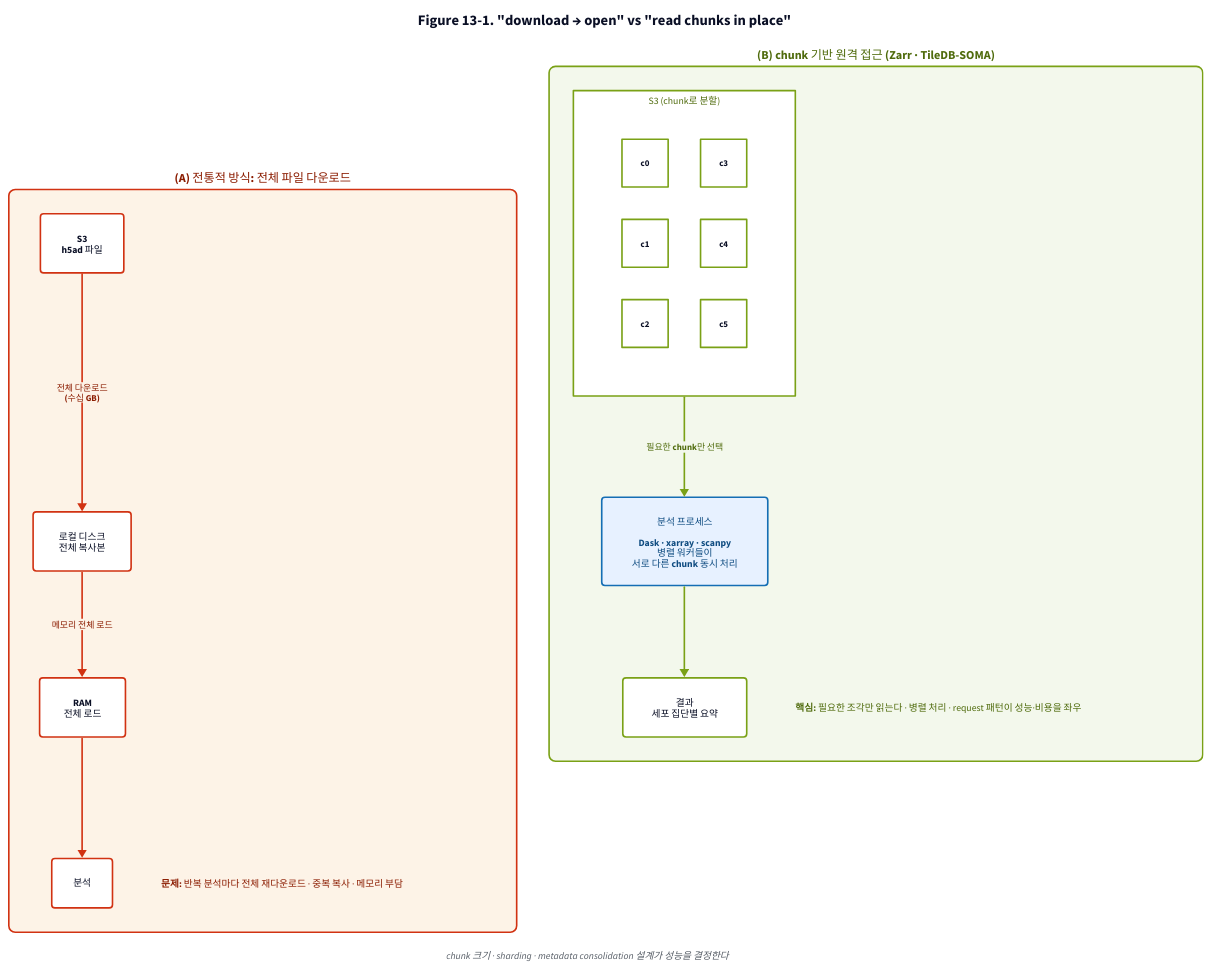
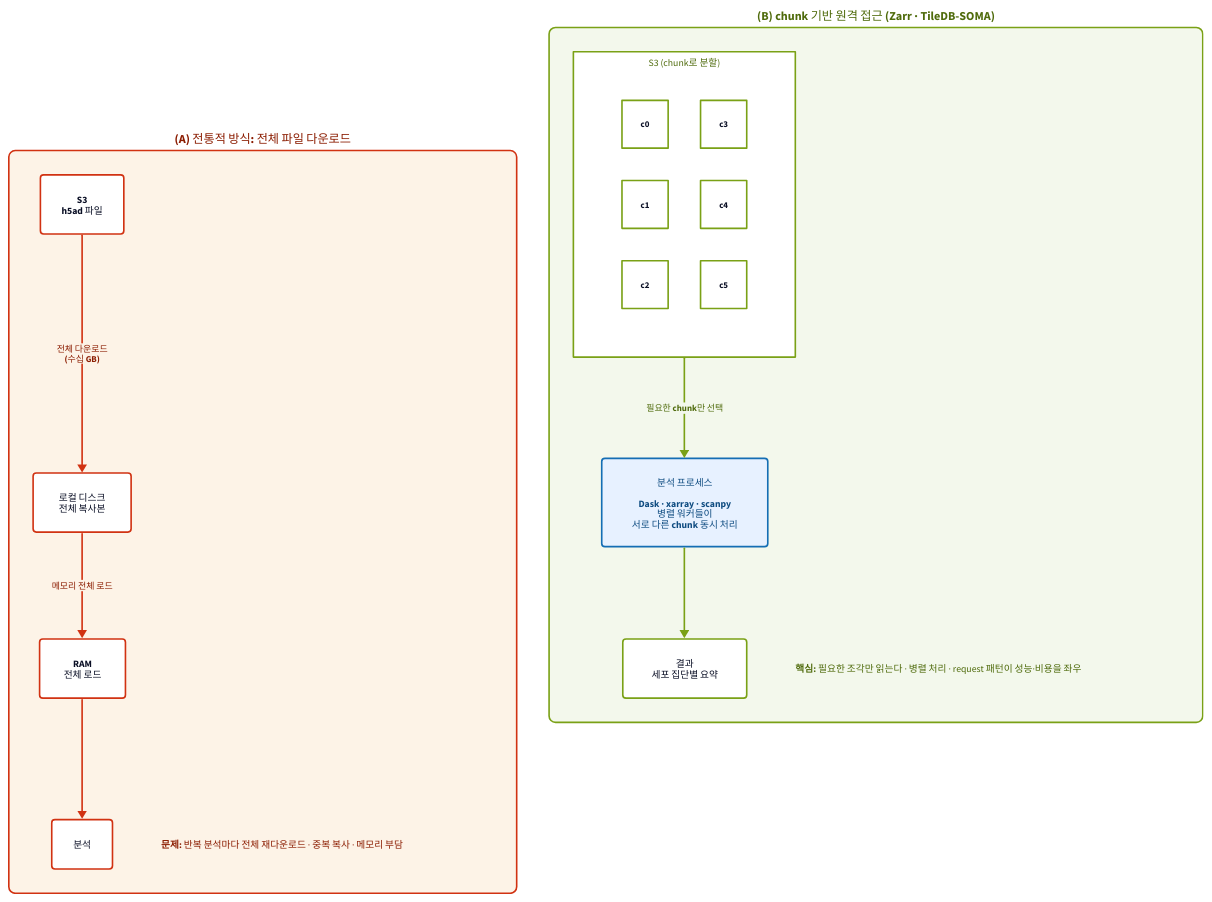
The diagram in images/ch13_fig1_chunk_access.d2 (chaek-union/cloud-computing-ai-omics), drawn with D2 before and after one commit. The commit also changed 30 other files, not shown here.

```diff
--- a/images/ch13_fig1_chunk_access.d2
+++ b/images/ch13_fig1_chunk_access.d2
@@ -1,147 +1,130 @@
-title: |md
-  **Figure 13-1. "download → open" vs "read chunks in place"**
-| {
-  near: top-center
-  shape: text
-  style.font-size: 18
-}
-
 direction: down
 
 bad: {
   label: "(A) 전통적 방식: 전체 파일 다운로드"
   style.fill: "#FDF3E7"
   style.stroke: "#D13212"
   style.stroke-width: 2
   style.border-radius: 8
   style.font-size: 15
   style.font-color: "#8B1C00"
   style.bold: true
 
   direction: right
 
   s3: "S3\nh5ad 파일" {
     style.fill: "#FFFFFF"
     style.stroke: "#D13212"
     style.border-radius: 4
     style.font-size: 12
   }
   disk: "로컬 디스크\n전체 복사본" {
     style.fill: "#FFFFFF"
     style.stroke: "#D13212"
     style.border-radius: 4
     style.font-size: 12
   }
   ram: "RAM\n전체 로드" {
     style.fill: "#FFFFFF"
     style.stroke: "#D13212"
     style.border-radius: 4
     style.font-size: 12
   }
   analysis: "분석" {
     style.fill: "#FFFFFF"
     style.stroke: "#D13212"
     style.border-radius: 4
     style.font-size: 12
   }
 
   s3 -> disk: "전체 다운로드\n(수십 GB)" {
     style.stroke: "#D13212"
     style.stroke-width: 2
     style.font-size: 11
     style.font-color: "#8B1C00"
     style.bold: true
   }
   disk -> ram: "메모리 전체 로드" {
     style.stroke: "#D13212"
     style.stroke-width: 2
     style.font-size: 11
     style.font-color: "#8B1C00"
     style.bold: true
   }
   ram -> analysis {
     style.stroke: "#D13212"
     style.stroke-width: 2
   }
 
   problem: |md
     **문제:** 반복 분석마다 전체 재다운로드 · 중복 복사 · 메모리 부담
   | {
     shape: text
     style.font-size: 12
     style.font-color: "#8B1C00"
   }
 }
 
 good: {
   label: "(B) chunk 기반 원격 접근 (Zarr · TileDB-SOMA)"
   style.fill: "#F3F8EC"
   style.stroke: "#7AA116"
   style.stroke-width: 2
   style.border-radius: 8
   style.font-size: 15
   style.font-color: "#4F6B0C"
   style.bold: true
 
   direction: right
 
   s3: "S3 (chunk로 분할)" {
     grid-columns: 2
     style.fill: "#FFFFFF"
     style.stroke: "#7AA116"
     style.font-size: 12
     style.font-color: "#4F6B0C"
     c0: "c0" { style.fill: "#FFFFFF"; style.stroke: "#7AA116"; style.font-size: 11 }
     c1: "c1" { style.fill: "#FFFFFF"; style.stroke: "#7AA116"; style.font-size: 11 }
     c2: "c2" { style.fill: "#FFFFFF"; style.stroke: "#7AA116"; style.font-size: 11 }
     c3: "c3" { style.fill: "#FFFFFF"; style.stroke: "#7AA116"; style.font-size: 11 }
     c4: "c4" { style.fill: "#FFFFFF"; style.stroke: "#7AA116"; style.font-size: 11 }
     c5: "c5" { style.fill: "#FFFFFF"; style.stroke: "#7AA116"; style.font-size: 11 }
   }
 
   workers: "분석 프로세스\n\nDask · xarray · scanpy\n병렬 워커들이\n서로 다른 chunk 동시 처리" {
     style.fill: "#E7F1FF"
     style.stroke: "#146EB4"
     style.stroke-width: 2
     style.border-radius: 4
     style.font-size: 12
     style.font-color: "#0F4C81"
   }
 
   result: "결과\n세포 집단별 요약" {
     style.fill: "#FFFFFF"
     style.stroke: "#7AA116"
     style.stroke-width: 2
     style.border-radius: 4
     style.font-size: 12
   }
 
   s3 -> workers: "필요한 chunk만 선택" {
     style.stroke: "#7AA116"
     style.stroke-width: 2
     style.font-size: 11
     style.font-color: "#4F6B0C"
     style.bold: true
   }
   workers -> result {
     style.stroke: "#7AA116"
     style.stroke-width: 2
   }
 
   insight: |md
     **핵심:** 필요한 조각만 읽는다 · 병렬 처리 · request 패턴이 성능·비용을 좌우
   | {
     shape: text
     style.font-size: 12
     style.font-color: "#4F6B0C"
   }
 }
-
-note: |md
-  _chunk 크기 · sharding · metadata consolidation 설계가 성능을 결정한다_
-| {
-  near: bottom-center
-  shape: text
-  style.font-size: 12
-  style.font-color: "#545B64"
-}
```
